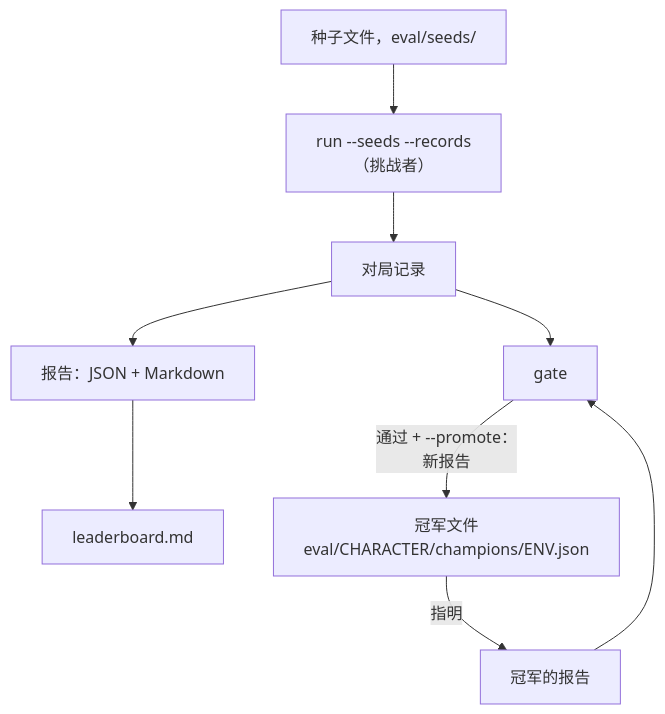
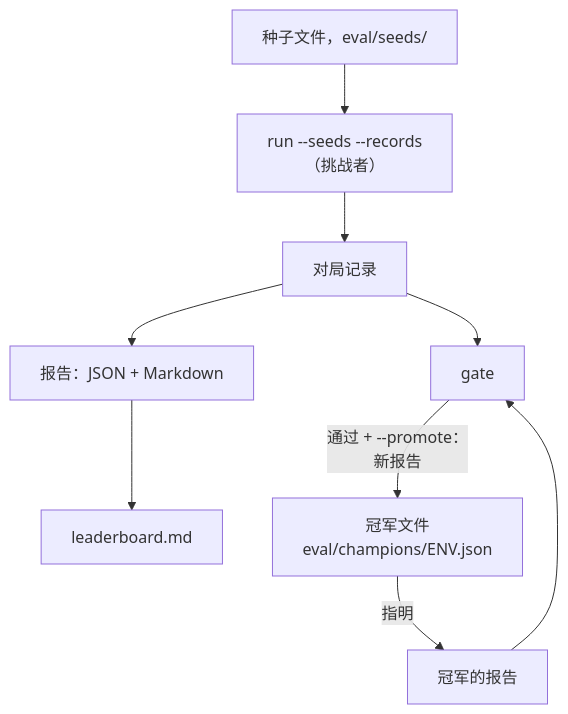
One commit to shinnku-nikaidou/spire-zero changed the diagram in docs/src/content/docs/arch/evaluation/index.mdx. Above: the diagram before and after it, drawn with Mermaid. The commit also changed 38 other files, not shown here.

````diff
--- a/docs/src/content/docs/arch/evaluation/index.mdx
+++ b/docs/src/content/docs/arch/evaluation/index.mdx
@@ -30,11 +30,11 @@
 ```mermaid
 flowchart TD
   S["种子文件，eval/seeds/"] --> R["run --seeds --records<br/>（挑战者）"]
   R --> RR["对局记录"]
   RR --> REP["报告：JSON + Markdown"]
   REP --> LB["leaderboard.md"]
   RR --> G["gate"]
-  CF["冠军文件<br/>eval/CHARACTER/champions/ENV.json"] -->|指明| CR["冠军的报告"]
+  CF["冠军文件<br/>eval/champions/ENV.json"] -->|指明| CR["冠军的报告"]
   CR --> G
   G -->|"通过 + --promote：<br/>新报告"| CF
 ```
````
